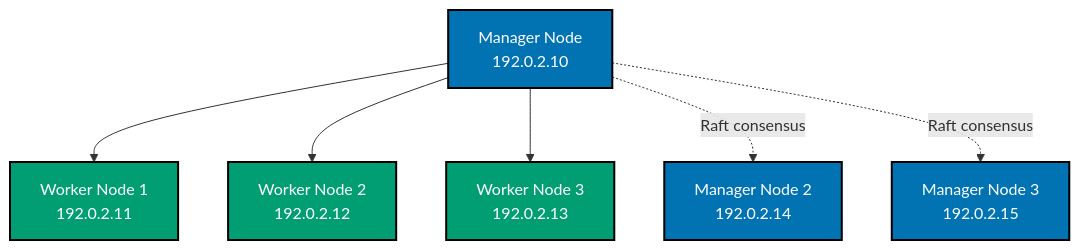
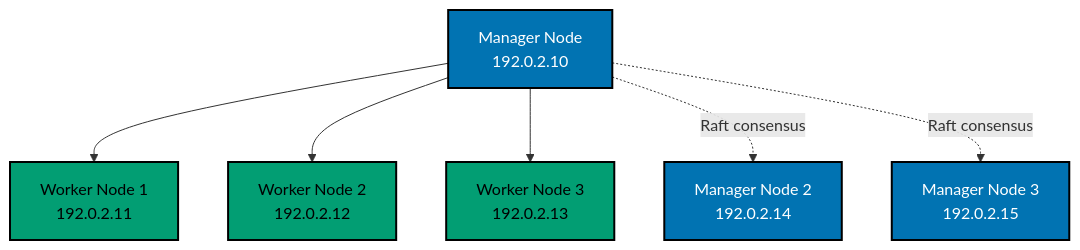
One commit to wahidyankf/ose-public changed the first of 14 diagrams in apps/ayokoding-www/content/en/learn/legacy/software-engineering/infrastructure/tools/docker/by-example/advanced.md. Above: the diagram before and after it, drawn with Mermaid. The commit also changed other lines of this file and 131 other files, not shown here.

First line of the commit message:
fix(mermaid): bring the legacy data, infrastructure, and testing diagrams onto the accessible palette

````diff
--- a/apps/ayokoding-www/content/en/learn/legacy/software-engineering/infrastructure/tools/docker/by-example/advanced.md
+++ b/apps/ayokoding-www/content/en/learn/legacy/software-engineering/infrastructure/tools/docker/by-example/advanced.md
@@ -20,17 +20,22 @@
 ```mermaid
 %% Color Palette: Blue #0173B2, Orange #DE8F05, Teal #029E73, Purple #CC78BC, Brown #CA9161
 %% Swarm cluster architecture
 graph TD
+ accTitle: Example 55: Docker Swarm Initialization
+ accDescr: Graph with 6 nodes and 5 connections. Nodes: Manager Node 192.0.2.10, Worker Node 1 192.0.2.11, Worker Node 2 192.0.2.12, Worker Node 3 192.0.2.13, Manager Node 2 192.0.2.14, Manager Node 3 192.0.2.15. Connections: Manager Node 192.0.2.10 to Worker Node 1 192.0.2.11, Manager Node 192.0.2.10 to Worker Node 2 192.0.2.12, Manager Node 192.0.2.10 to Worker Node 3 192.0.2.13, Manager Node 192.0.2.10 to Manager Node 2 192.0.2.14 (Raft consensus), Manager Node 192.0.2.10 to Manager Node 3 192.0.2.15 (Raft consensus).
  A["Manager Node<br/>192.0.2.10"] --> B["Worker Node 1<br/>192.0.2.11"]
  A --> C["Worker Node 2<br/>192.0.2.12"]
  A --> D["Worker Node 3<br/>192.0.2.13"]
  A -.->|"Raft consensus"| E["Manager Node 2<br/>192.0.2.14"]
  A -.->|"Raft consensus"| F["Manager Node 3<br/>192.0.2.15"]
 
- style A fill:#0173B2,stroke:#000000,stroke-width:2px,color:#fff
- style E fill:#0173B2,stroke:#000000,stroke-width:2px,color:#fff
- style F fill:#0173B2,stroke:#000000,stroke-width:2px,color:#fff
- style B fill:#029E73,stroke:#000000,stroke-width:2px,color:#fff
- style C fill:#029E73,stroke:#000000,stroke-width:2px,color:#fff
- style D fill:#029E73,stroke:#000000,stroke-width:2px,color:#fff
+ classDef pal-0173B2 fill:#0173B2,stroke:#000000,color:#FFFFFF,stroke-width:2px
+ class A pal-0173B2
+ class E pal-0173B2
+ class F pal-0173B2
+ classDef pal-029E73 fill:#029E73,stroke:#000000,color:#000000,stroke-width:2px
+ class B pal-029E73
+ class C pal-029E73
+ class D pal-029E73
+ classDef default fill:#FFFFFF,stroke:#000000,color:#000000
 ```
````
